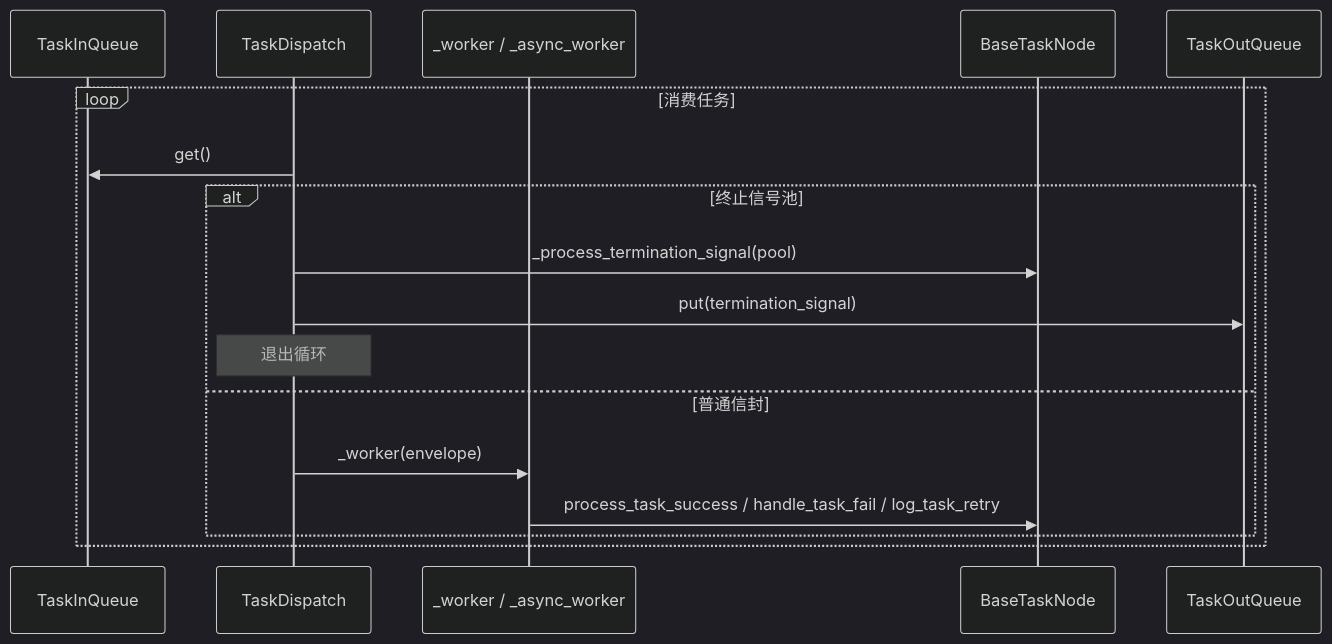
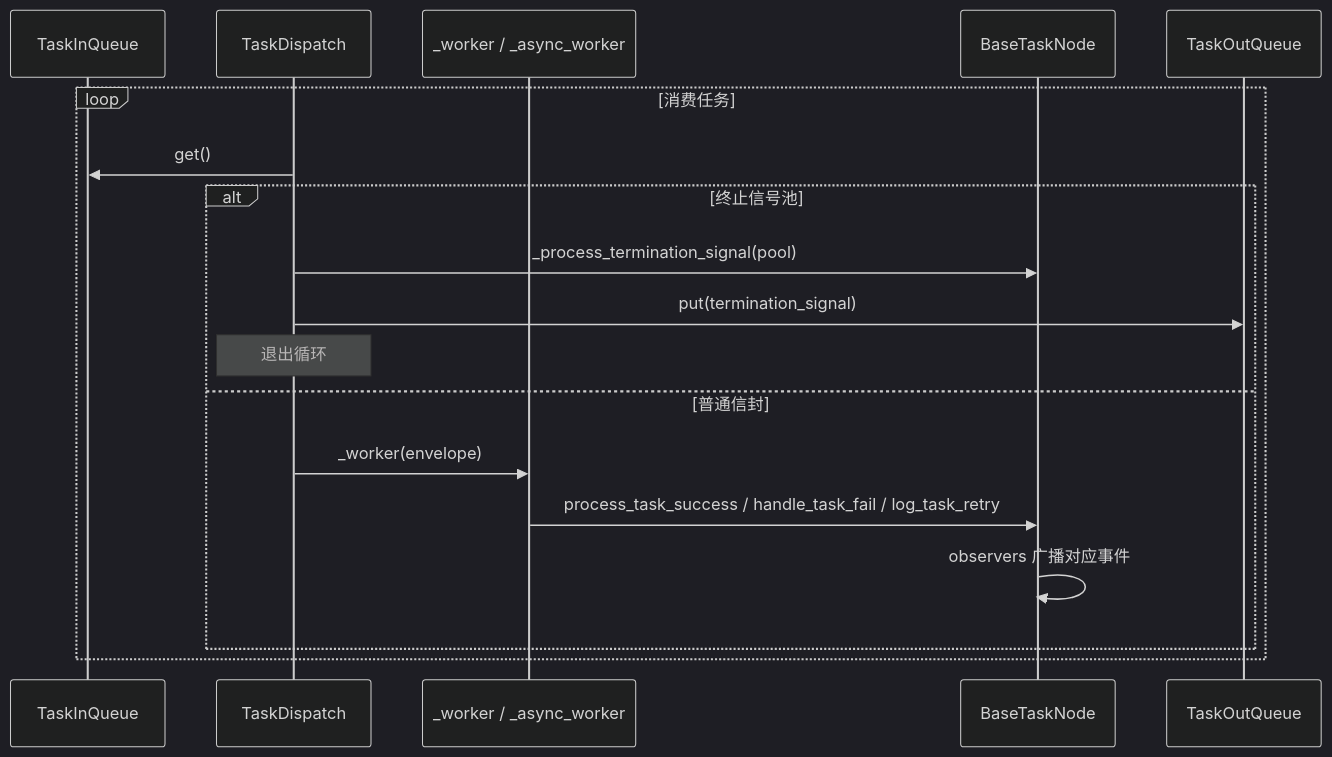
Before and after one commit to Mr-xiaotian/CelestialFlow: the first of 2 diagrams in docs/zh-CN/src/node/core_dispatch.md, drawn with Mermaid (dark theme). The commit also changed other lines of this file and 74 other files, not shown here.

````diff
--- a/docs/zh-CN/src/node/core_dispatch.md
+++ b/docs/zh-CN/src/node/core_dispatch.md
@@ -112,20 +142,21 @@
 ```mermaid
 sequenceDiagram
     participant Q as TaskInQueue
     participant D as TaskDispatch
     participant W as _worker / _async_worker
     participant N as BaseTaskNode
     participant R as TaskOutQueue
 
     loop 消费任务
         D->>Q: get()
         alt 终止信号池
             D->>N: _process_termination_signal(pool)
             D->>R: put(termination_signal)
             Note over D: 退出循环
         else 普通信封
             D->>W: _worker(envelope)
             W->>N: process_task_success / handle_task_fail / log_task_retry
+            N->>N: observers 广播对应事件
         end
     end
 ```
````
